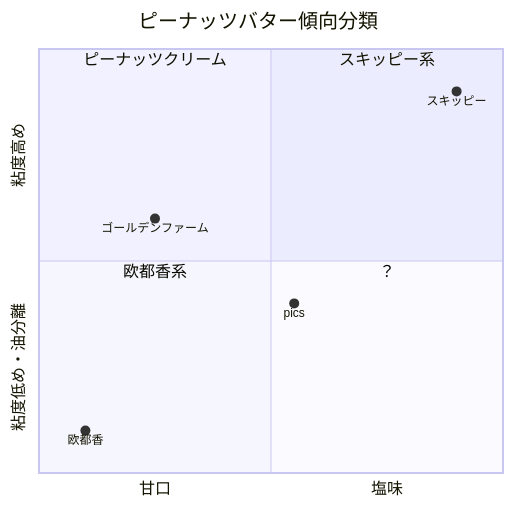
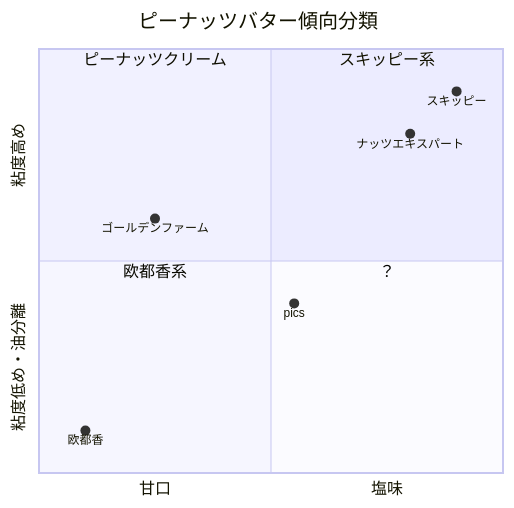
One commit to boronology/documents changed the diagram in content/docs/peanutbutter/index.md. Above: the diagram before and after it, drawn with Mermaid. The commit also changed other lines of this file, not shown here.

````diff
--- a/content/docs/peanutbutter/index.md
+++ b/content/docs/peanutbutter/index.md
@@ -86,15 +108,16 @@
 ```mermaid
 quadrantChart
     title ピーナッツバター傾向分類
     x-axis "甘口" --> "塩味"
     y-axis "粘度低め・油分離" --> "粘度高め"
     quadrant-1 "スキッピー系"
     quadrant-2 "ピーナッツクリーム"
     quadrant-3 "欧都香系"
     quadrant-4 "？"
     
     "スキッピー": [0.90, 0.90]
+    "ナッツエキスパート": [0.8, 0.8]
     "欧都香": [0.10, 0.10]
     "ゴールデンファーム": [0.25, 0.6]
     "pics": [0.55, 0.4]
 ```
````
